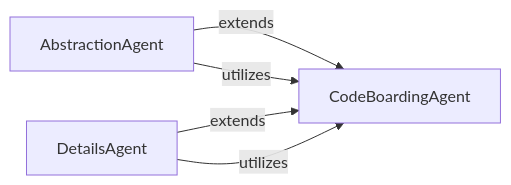
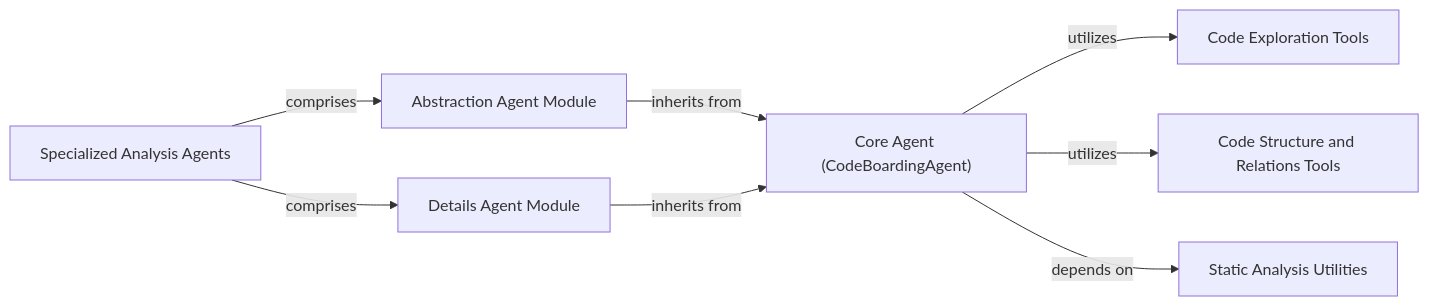
One commit to mariyam866/CodeBoarding changed the diagram in .codeboarding/Specialized Analysis Agents.md. Above: the diagram before and after it, drawn with Mermaid. The commit also changed other lines of this file and 6 other files, not shown here.

````diff
--- a/.codeboarding/Specialized Analysis Agents.md
+++ b/.codeboarding/Specialized Analysis Agents.md
@@ -1,9 +1,17 @@
 ```mermaid
 graph LR
-    AbstractionAgent["AbstractionAgent"]
-    DetailsAgent["DetailsAgent"]
-    AbstractionAgent -- "extends" --> CodeBoardingAgent
-    AbstractionAgent -- "utilizes" --> CodeBoardingAgent
-    DetailsAgent -- "extends" --> CodeBoardingAgent
-    DetailsAgent -- "utilizes" --> CodeBoardingAgent
+    Specialized_Analysis_Agents["Specialized Analysis Agents"]
+    Abstraction_Agent_Module["Abstraction Agent Module"]
+    Details_Agent_Module["Details Agent Module"]
+    Core_Agent_CodeBoardingAgent_["Core Agent (CodeBoardingAgent)"]
+    Code_Exploration_Tools["Code Exploration Tools"]
+    Code_Structure_and_Relations_Tools["Code Structure and Relations Tools"]
+    Static_Analysis_Utilities["Static Analysis Utilities"]
+    Specialized_Analysis_Agents -- "comprises" --> Abstraction_Agent_Module
+    Specialized_Analysis_Agents -- "comprises" --> Details_Agent_Module
+    Abstraction_Agent_Module -- "inherits from" --> Core_Agent_CodeBoardingAgent_
+    Details_Agent_Module -- "inherits from" --> Core_Agent_CodeBoardingAgent_
+    Core_Agent_CodeBoardingAgent_ -- "utilizes" --> Code_Exploration_Tools
+    Core_Agent_CodeBoardingAgent_ -- "utilizes" --> Code_Structure_and_Relations_Tools
+    Core_Agent_CodeBoardingAgent_ -- "depends on" --> Static_Analysis_Utilities
 ```
````
